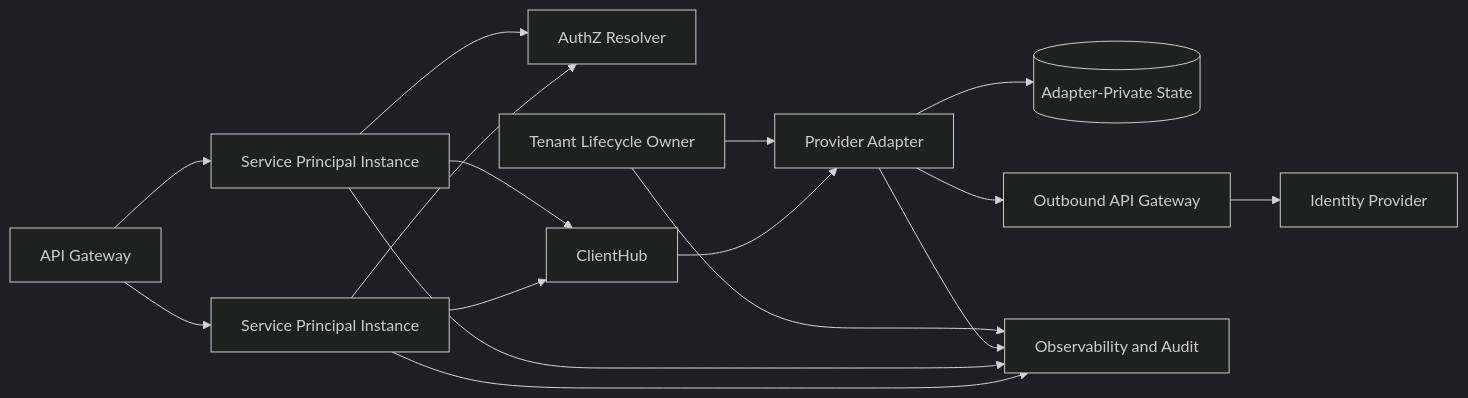
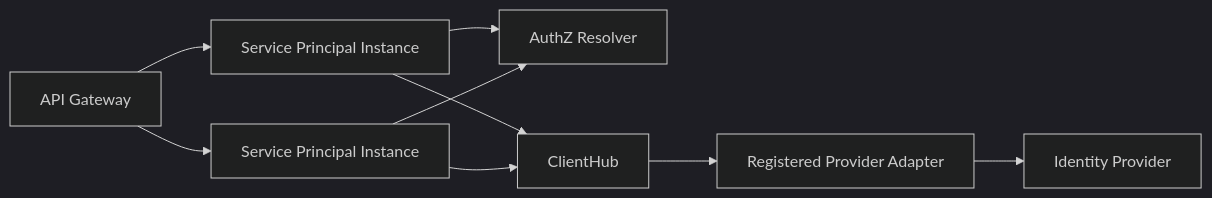
The seventh of 7 diagrams in gears/system/service-principal/docs/DESIGN.md (constructorfabric/gears-rust), drawn with Mermaid (dark theme) before and after one commit. The commit also changed other lines of this file and 28 other files, not shown here.

````diff
--- a/gears/system/service-principal/docs/DESIGN.md
+++ b/gears/system/service-principal/docs/DESIGN.md
@@ -629,30 +642,19 @@
 ```mermaid
 graph LR
     GW[API Gateway]
     SP1[Service Principal Instance]
     SP2[Service Principal Instance]
     AZ[AuthZ Resolver]
     HUB[ClientHub]
-    ADAPTER[Provider Adapter]
-    ASTATE[(Adapter-Private State)]
-    OAGW[Outbound API Gateway]
+    ADAPTER[Registered Provider Adapter]
     IDP[Identity Provider]
-    OBS[Observability and Audit]
-    TL[Tenant Lifecycle Owner]
 
     GW --> SP1
     GW --> SP2
     SP1 --> AZ
     SP2 --> AZ
     SP1 --> HUB
     SP2 --> HUB
     HUB --> ADAPTER
-    ADAPTER --> ASTATE
-    ADAPTER --> OAGW
-    OAGW --> IDP
-    TL --> ADAPTER
-    SP1 --> OBS
-    SP2 --> OBS
-    ADAPTER --> OBS
-    TL --> OBS
+    ADAPTER --> IDP
 ```
````
